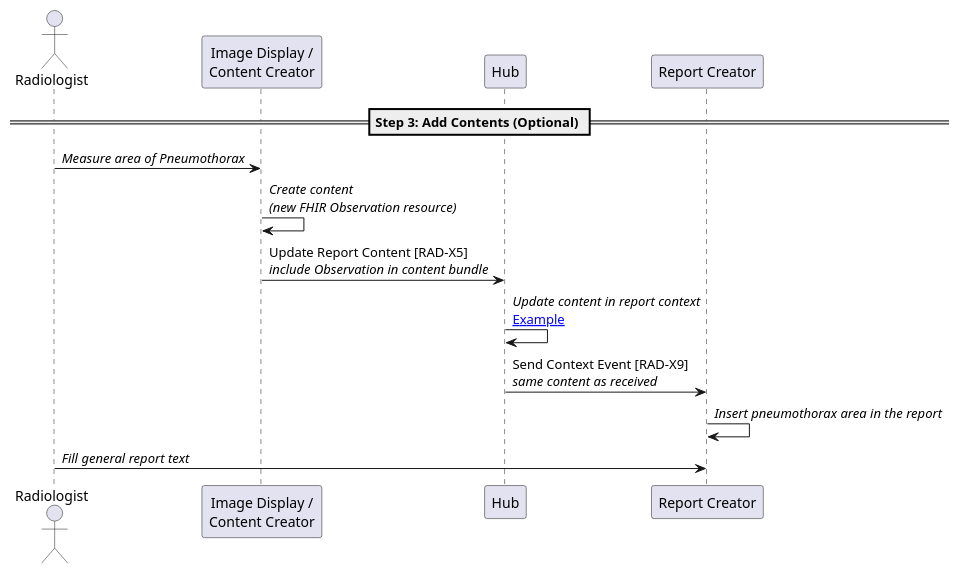
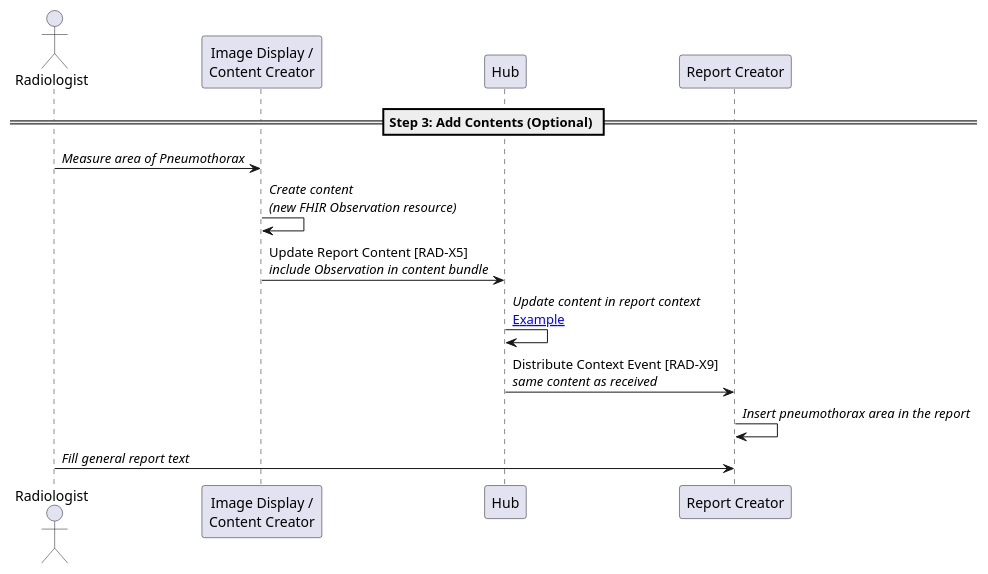
The diagram in input/images-source/step3-add-measurements.plantuml (IHE/RAD.IRA), drawn with PlantUML before and after one commit. The commit also changed 11 other files, not shown here.

Commit message:
Changed RAD-X9 to Distribute Context Event.

```diff
--- a/input/images-source/step3-add-measurements.plantuml
+++ b/input/images-source/step3-add-measurements.plantuml
@@ -1,21 +1,21 @@
 @startuml
 
 actor Radiologist as User
 participant "Image Display /\nContent Creator" as PACS
 participant "Hub" as Hub
 participant "Report Creator" as Report
 
 == Step 3: Add Contents (Optional) ==
 
 User->PACS: //Measure area of Pneumothorax//
 
 PACS->PACS: //Create content//\n//(new FHIR Observation resource)//
 
 PACS->Hub: Update Report Content [RAD-X5]\n//include Observation in content bundle//
 Hub->Hub: //Update content in report context//\n[[update_study_with_measurement.html#available-context-and-content-in-hub Example]]
-Hub->Report: Send Context Event [RAD-X9]\n//same content as received//
+Hub->Report: Distribute Context Event [RAD-X9]\n//same content as received//
 Report->Report: //Insert pneumothorax area in the report//
 
 User->Report: //Fill general report text//
 
 @enduml
```
